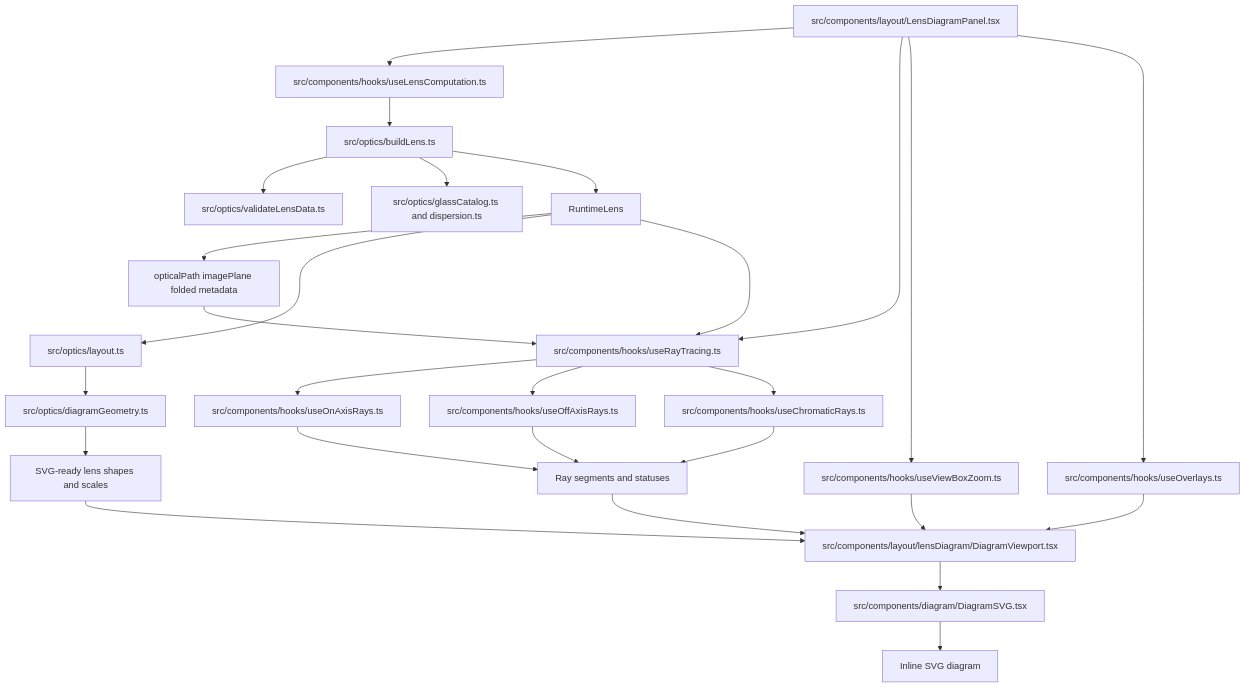
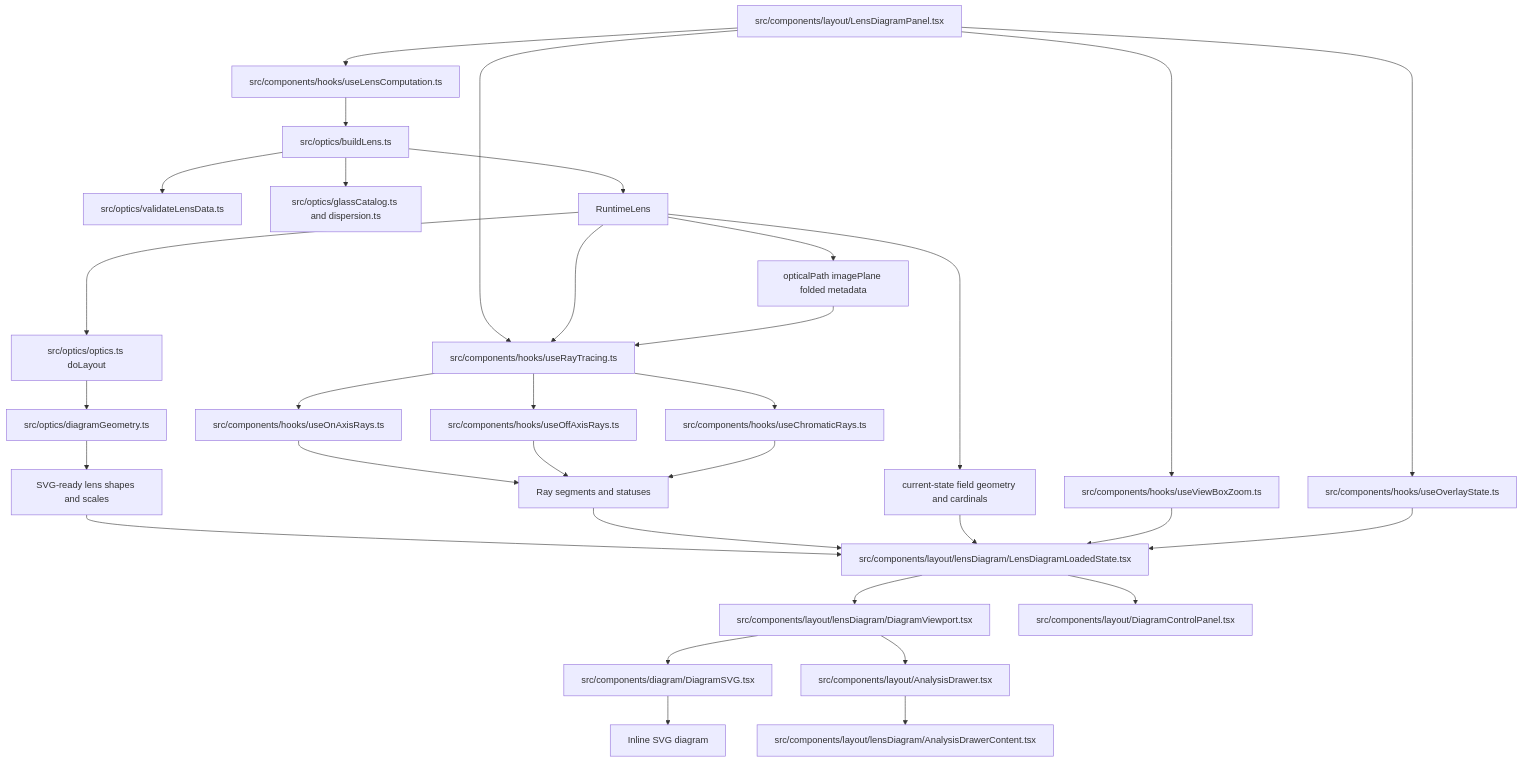
Before and after one commit to ronbuening/LensVisualizer: the fourth of 6 diagrams in agent_docs/architecture/program-flow.md, drawn with Mermaid. The commit also changed other lines of this file and 5 other files, not shown here.

Commit message:
docs: refresh architecture documentation

````diff
--- a/agent_docs/architecture/program-flow.md
+++ b/agent_docs/architecture/program-flow.md
@@ -106,32 +143,38 @@
 ```mermaid
 flowchart TD
   Panel[src/components/layout/LensDiagramPanel.tsx] --> Compute[src/components/hooks/useLensComputation.ts]
   Panel --> Trace[src/components/hooks/useRayTracing.ts]
   Panel --> Zoom[src/components/hooks/useViewBoxZoom.ts]
-  Panel --> Overlays[src/components/hooks/useOverlays.ts]
+  Panel --> PanelOverlays[src/components/hooks/useOverlayState.ts]
 
   Compute --> BuildLens[src/optics/buildLens.ts]
   BuildLens --> Validate[src/optics/validateLensData.ts]
   BuildLens --> Glass[src/optics/glassCatalog.ts and dispersion.ts]
   BuildLens --> Runtime[RuntimeLens]
   Runtime --> Path[opticalPath imagePlane folded metadata]
-  Runtime --> Layout[src/optics/layout.ts]
+  Runtime --> Layout[src/optics/optics.ts doLayout]
   Layout --> Geometry[src/optics/diagramGeometry.ts]
   Geometry --> Shapes[SVG-ready lens shapes and scales]
+  Runtime --> FieldGeometry[current-state field geometry and cardinals]
 
   Runtime --> Trace
   Path --> Trace
   Trace --> OnAxis[src/components/hooks/useOnAxisRays.ts]
   Trace --> OffAxis[src/components/hooks/useOffAxisRays.ts]
   Trace --> Chromatic[src/components/hooks/useChromaticRays.ts]
   OnAxis --> Segments[Ray segments and statuses]
   OffAxis --> Segments
   Chromatic --> Segments
 
-  Shapes --> Viewport[src/components/layout/lensDiagram/DiagramViewport.tsx]
-  Segments --> Viewport
-  Zoom --> Viewport
-  Overlays --> Viewport
+  Shapes --> Loaded[src/components/layout/lensDiagram/LensDiagramLoadedState.tsx]
+  Segments --> Loaded
+  FieldGeometry --> Loaded
+  Zoom --> Loaded
+  PanelOverlays --> Loaded
+  Loaded --> Viewport[src/components/layout/lensDiagram/DiagramViewport.tsx]
+  Loaded --> ControlPanel[src/components/layout/DiagramControlPanel.tsx]
   Viewport --> DiagramSVG[src/components/diagram/DiagramSVG.tsx]
+  Viewport --> AnalysisDrawer[src/components/layout/AnalysisDrawer.tsx]
+  AnalysisDrawer --> AnalysisContent[src/components/layout/lensDiagram/AnalysisDrawerContent.tsx]
   DiagramSVG --> Output[Inline SVG diagram]
 ```
````
